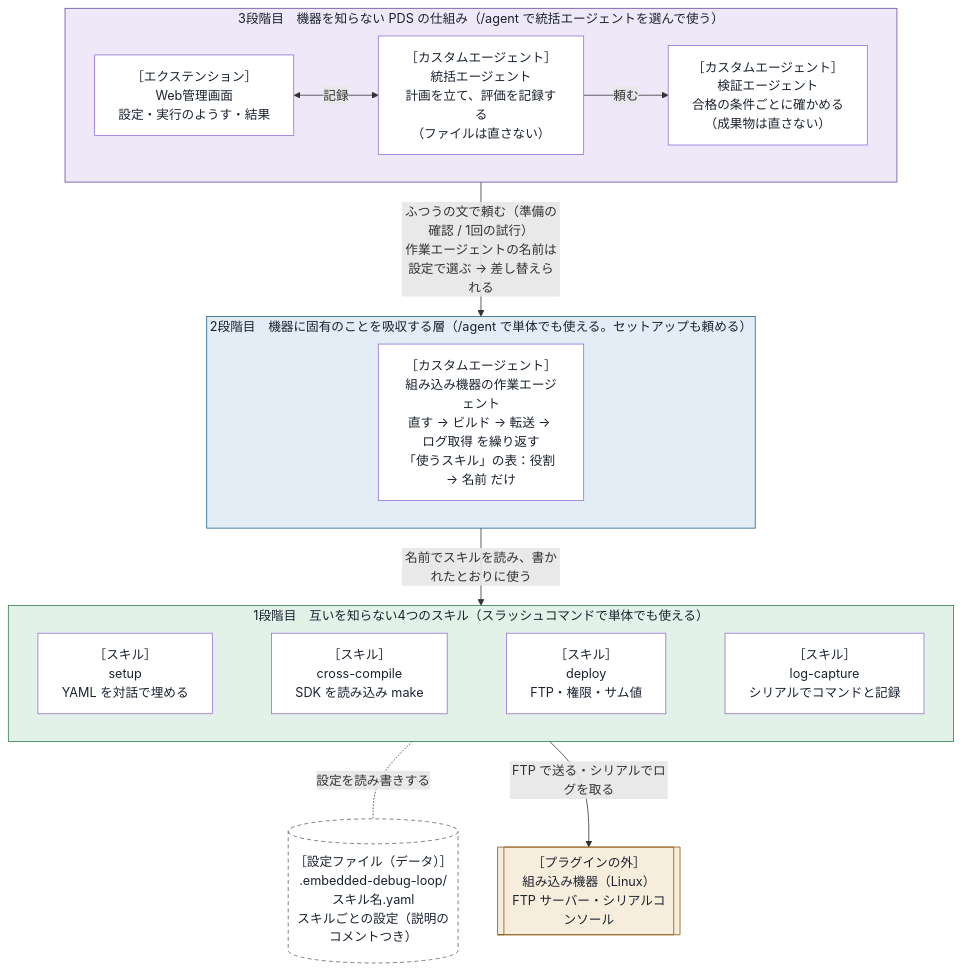
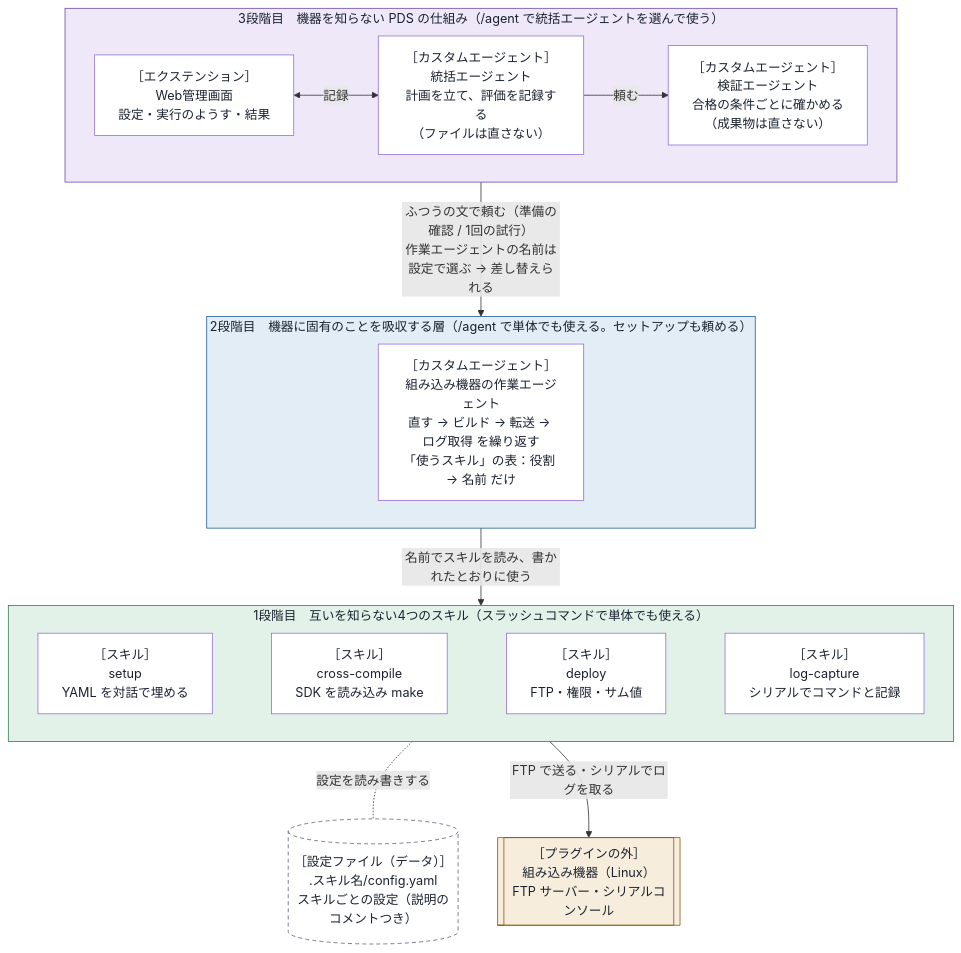
Before and after one commit to xclang-brain/plugin-market-place: the diagram in plugins/embedded-debug-loop/docs/design/design.md, drawn with Mermaid. The commit also changed other lines of this file and 7 other files, not shown here.

First line of the commit message:
embedded-debug-loop: スキルをフォルダだけで完結させる（文書と試験の側）

````diff
--- a/plugins/embedded-debug-loop/docs/design/design.md
+++ b/plugins/embedded-debug-loop/docs/design/design.md
@@ -20,42 +20,42 @@
 ```mermaid
 flowchart TB
     subgraph L3["3段階目　機器を知らない PDS の仕組み（/agent で統括エージェントを選んで使う）"]
         direction LR
         UI["［エクステンション］<br/>Web管理画面<br/>設定・実行のようす・結果"]
         ORC["［カスタムエージェント］<br/>統括エージェント<br/>計画を立て、評価を記録する<br/>（ファイルは直さない）"]
         VER["［カスタムエージェント］<br/>検証エージェント<br/>合格の条件ごとに確かめる<br/>（成果物は直さない）"]
         UI <-- "記録" --> ORC
         ORC -- "頼む" --> VER
     end
 
     subgraph L2["2段階目　機器に固有のことを吸収する層（/agent で単体でも使える。セットアップも頼める）"]
         WRK["［カスタムエージェント］<br/>組み込み機器の作業エージェント<br/>直す → ビルド → 転送 → ログ取得 を繰り返す<br/>「使うスキル」の表：役割 → 名前 だけ"]
     end
 
     subgraph L1["1段階目　互いを知らない4つのスキル（スラッシュコマンドで単体でも使える）"]
         direction LR
         SETUP["［スキル］<br/>setup<br/>YAML を対話で埋める"]
         CC["［スキル］<br/>cross-compile<br/>SDK を読み込み make"]
         DEP["［スキル］<br/>deploy<br/>FTP・権限・サム値"]
         LOG["［スキル］<br/>log-capture<br/>シリアルでコマンドと記録"]
         SETUP ~~~ CC ~~~ DEP ~~~ LOG
     end
 
-    CFG[("［設定ファイル（データ）］<br/>.embedded-debug-loop/スキル名.yaml<br/>スキルごとの設定（説明のコメントつき）")]
+    CFG[("［設定ファイル（データ）］<br/>.スキル名/config.yaml<br/>スキルごとの設定（説明のコメントつき）")]
     DEV[["［プラグインの外］<br/>組み込み機器（Linux）<br/>FTP サーバー・シリアルコンソール"]]
 
     L3 -- "ふつうの文で頼む（準備の確認 / 1回の試行）<br/>作業エージェントの名前は設定で選ぶ → 差し替えられる" --> L2
     L2 -- "名前でスキルを読み、書かれたとおりに使う" --> L1
     L1 -. "設定を読み書きする" .- CFG
     L1 -- "FTP で送る・シリアルでログを取る" --> DEV
 
     style L3 fill:#eee8f8,stroke:#6a4aa8,color:#1b2230
     style L2 fill:#e2edf6,stroke:#1d5e8c,color:#1b2230
     style L1 fill:#e3f2e8,stroke:#2f7d4f,color:#1b2230
     classDef node fill:#ffffff,color:#1b2230
     classDef dev fill:#f7eddc,stroke:#8a5a12,color:#1b2230
     classDef cfg fill:#ffffff,stroke:#586275,color:#1b2230,stroke-dasharray:5 4
     class UI,ORC,VER,WRK,SETUP,CC,DEP,LOG node
     class DEV dev
     class CFG cfg
 ```
````
